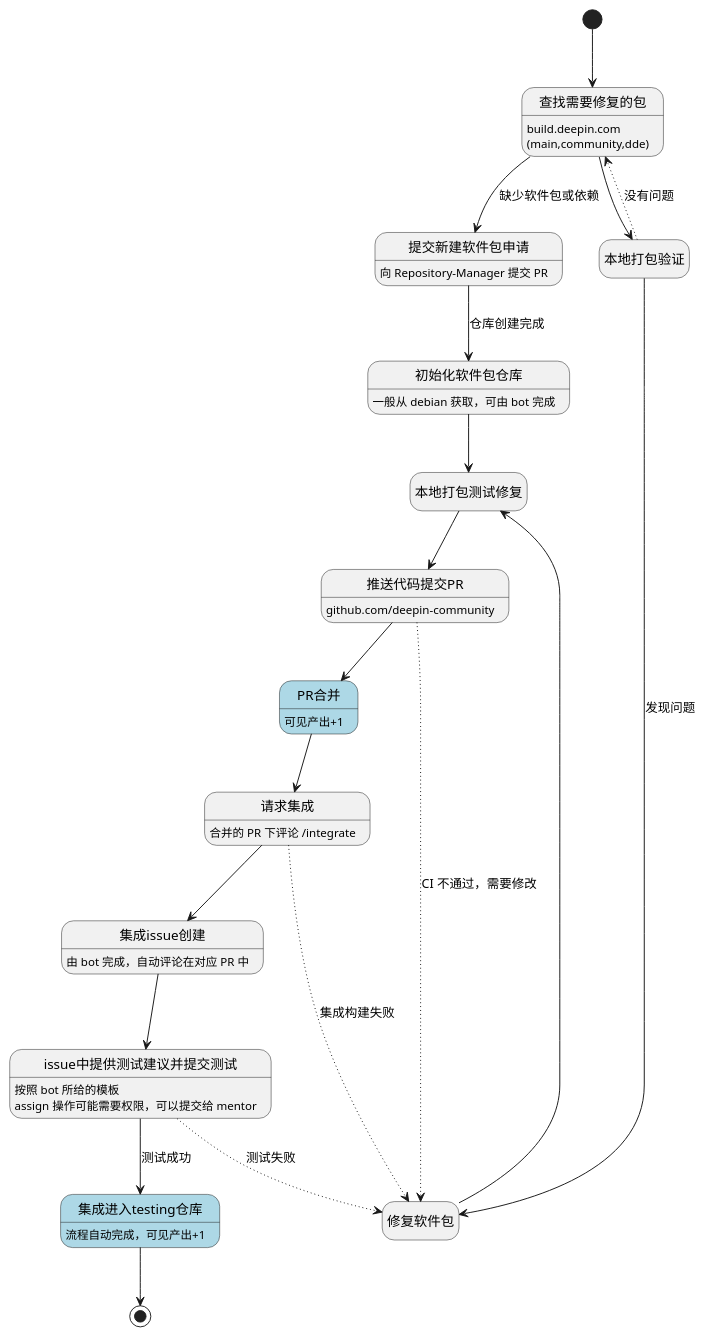
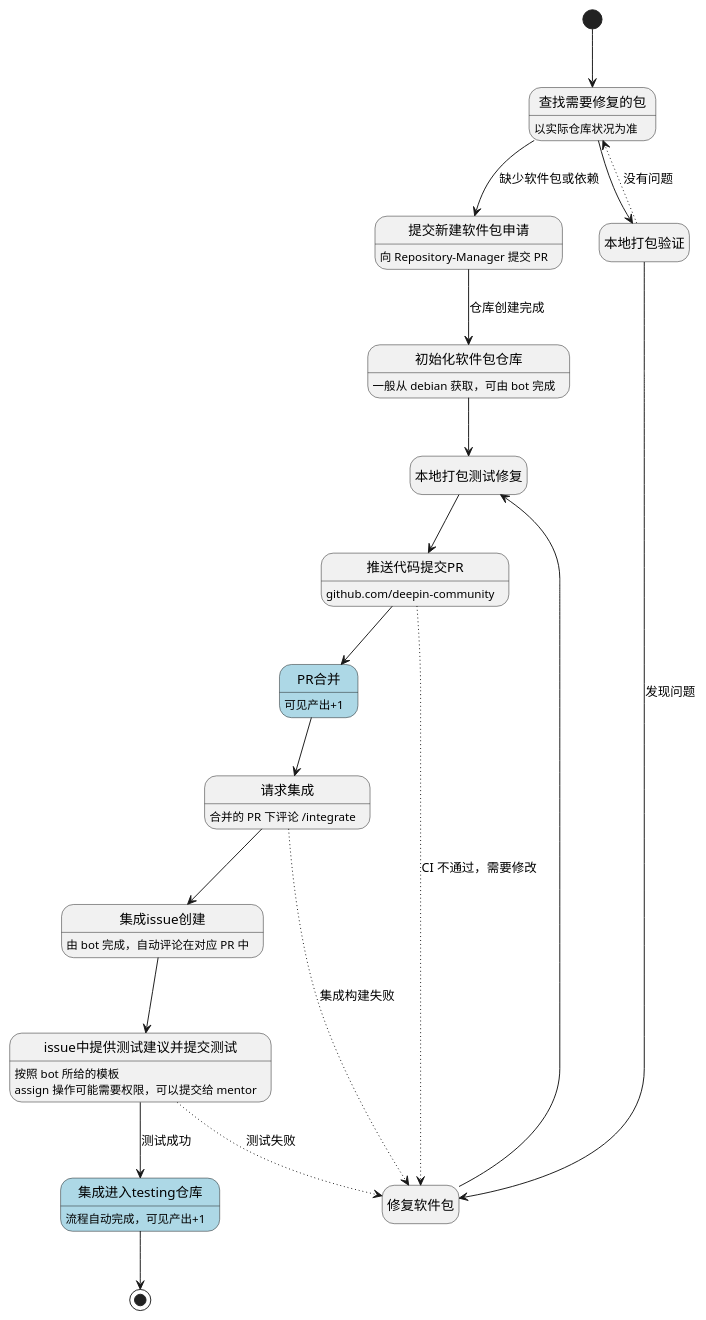
The diagram in 06_关于Deepin/Deepin活动/甲辰计划/intro.md (linuxdeepin/wiki.deepin.org), drawn with PlantUML before and after one commit. The commit also changed other lines of this file, not shown here.

````diff
--- a/06_关于Deepin/Deepin活动/甲辰计划/intro.md
+++ b/06_关于Deepin/Deepin活动/甲辰计划/intro.md
@@ -64,39 +61,39 @@
 ```plantuml
 @startuml
 hide empty description
 
-state 查找需要修复的包 : build.deepin.com\n(main,community,dde)
+state 查找需要修复的包 : 以实际仓库状况为准
 state 提交新建软件包申请 : 向 Repository-Manager 提交 PR
 state 本地打包验证
 state 修复软件包
 state 初始化软件包仓库 : 一般从 debian 获取，可由 bot 完成
 state 本地打包测试修复
 state 推送代码提交PR : github.com/deepin-community
 state PR合并 #lightblue : 可见产出+1
 state 请求集成 : 合并的 PR 下评论 /integrate
 state 集成issue创建 : 由 bot 完成，自动评论在对应 PR 中
 state issue中提供测试建议并提交测试 : 按照 bot 所给的模板\nassign 操作可能需要权限，可以提交给 mentor
 state 集成进入testing仓库 #lightblue : 流程自动完成，可见产出+1
 
 [*] --> 查找需要修复的包
 查找需要修复的包 --> 本地打包验证
 查找需要修复的包 --> 提交新建软件包申请 : 缺少软件包或依赖
 本地打包验证 -[dotted]-> 查找需要修复的包 : 没有问题
 提交新建软件包申请 --> 初始化软件包仓库 : 仓库创建完成
 初始化软件包仓库 --> 本地打包测试修复
 本地打包验证 --> 修复软件包 : 发现问题
 修复软件包 --> 本地打包测试修复
 本地打包测试修复 --> 推送代码提交PR
 推送代码提交PR -[dotted]-> 修复软件包 : CI 不通过，需要修改
 推送代码提交PR --> PR合并
 PR合并 --> 请求集成
 请求集成 --> 集成issue创建
 请求集成 -[dotted]-> 修复软件包 : 集成构建失败
 集成issue创建 --> issue中提供测试建议并提交测试
 issue中提供测试建议并提交测试 -[dotted]-> 修复软件包 : 测试失败
 issue中提供测试建议并提交测试 --> 集成进入testing仓库 : 测试成功
 集成进入testing仓库 --> [*]
 
 
 @enduml
 ```
````
